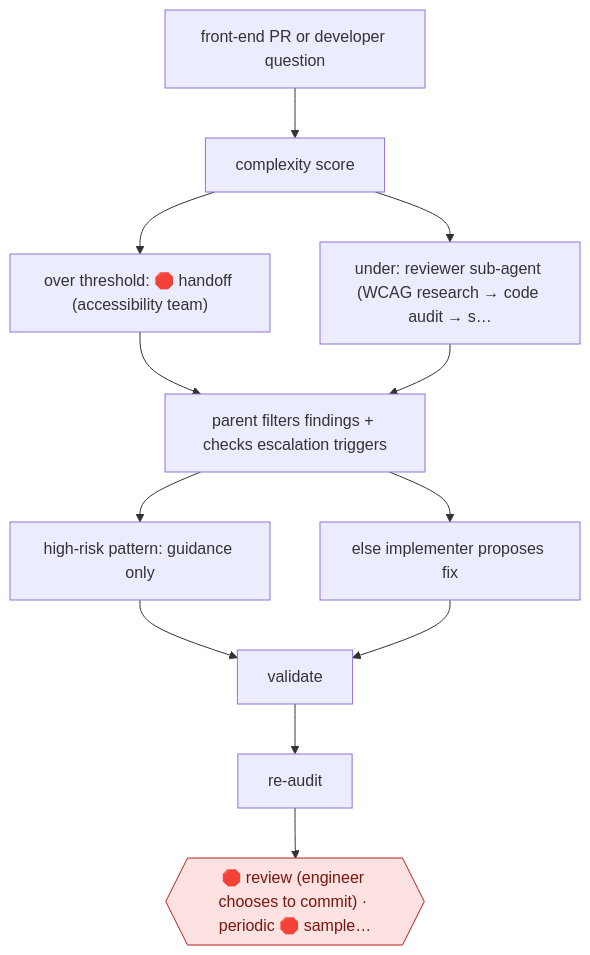
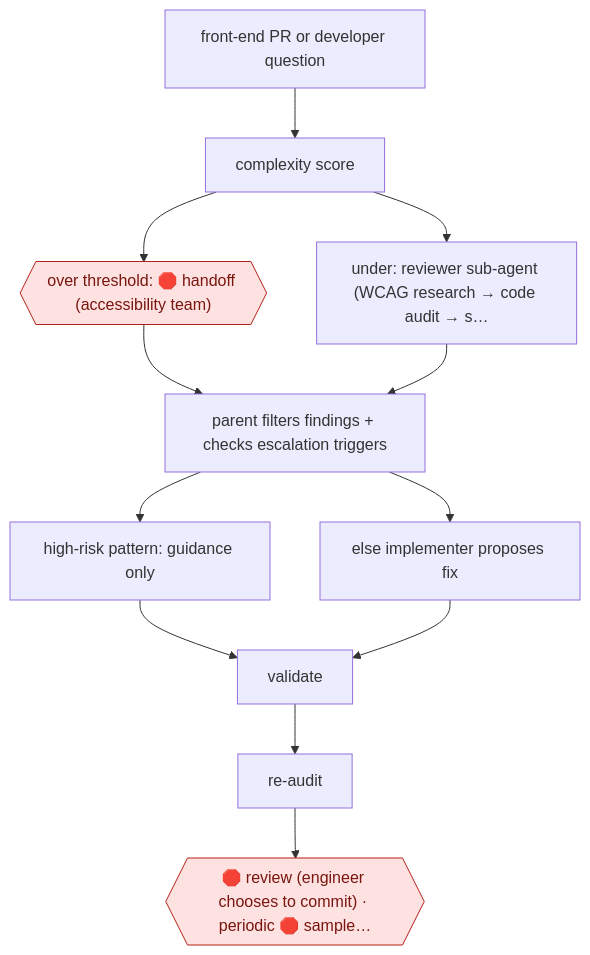
Before and after one commit to milesradford99/agent-workflow-atlas: the diagram in workflows/TEC/PRD/UI/routed-accessibility-pr-agent/README.md, drawn with Mermaid. The commit also changed 171 other files, not shown here.

````diff
--- a/workflows/TEC/PRD/UI/routed-accessibility-pr-agent/README.md
+++ b/workflows/TEC/PRD/UI/routed-accessibility-pr-agent/README.md
@@ -31,25 +31,25 @@
 ```mermaid
 flowchart TD
   n1["front-end PR or developer question"]
   n2["complexity score"]
+  n3{{"over threshold: 🛑 handoff (accessibility team)"}}:::stop
+  n4["under: reviewer sub-agent (WCAG research → code audit → s…"]
+  n5["parent filters findings + checks escalation triggers"]
+  n6["high-risk pattern: guidance only"]
+  n7["else implementer proposes fix"]
+  n8["validate"]
+  n9["re-audit"]
+  n10{{"🛑 review (engineer chooses to commit) · periodic 🛑 sample…"}}:::stop
   n1 --> n2
-  n3["over threshold: 🛑 handoff (accessibility team)"]
   n2 --> n3
-  n4["under: reviewer sub-agent (WCAG research → code audit → s…"]
   n2 --> n4
-  n5["parent filters findings + checks escalation triggers"]
   n3 --> n5
   n4 --> n5
-  n6["high-risk pattern: guidance only"]
   n5 --> n6
-  n7["else implementer proposes fix"]
   n5 --> n7
-  n8["validate"]
   n6 --> n8
   n7 --> n8
-  n9["re-audit"]
   n8 --> n9
-  n10{{"🛑 review (engineer chooses to commit) · periodic 🛑 sample…"}}:::stop
   n9 --> n10
   classDef stop fill:#fde2e1,stroke:#b42318,color:#7a1610
 ```
````
